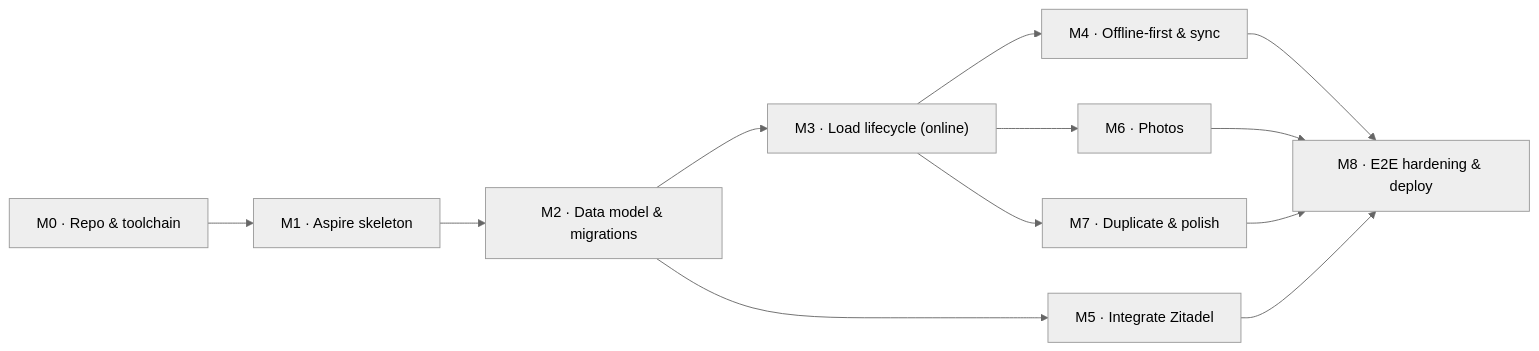
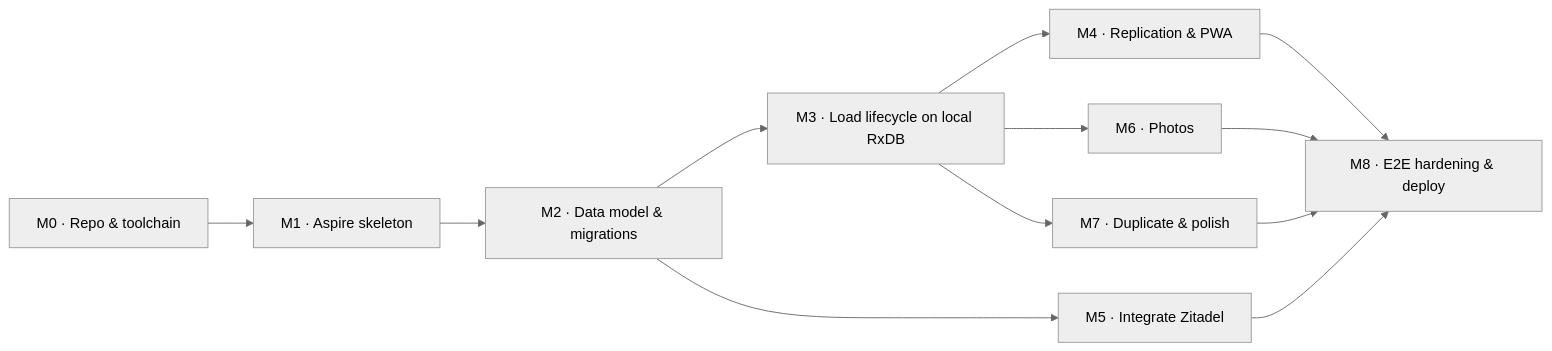
The first of 2 diagrams in specs/01-mvp/implementation-plan.md (quennethks/clothesline), drawn with Mermaid (neutral theme) before and after one commit. The commit also changed other lines of this file and 2 other files, not shown here.

````diff
--- a/specs/01-mvp/implementation-plan.md
+++ b/specs/01-mvp/implementation-plan.md
@@ -41,14 +41,14 @@
 ```mermaid
 flowchart LR
     M0["M0 · Repo & toolchain"] --> M1["M1 · Aspire skeleton"]
     M1 --> M2["M2 · Data model & migrations"]
-    M2 --> M3["M3 · Load lifecycle (online)"]
+    M2 --> M3["M3 · Load lifecycle on local RxDB"]
     M2 --> M5["M5 · Integrate Zitadel"]
-    M3 --> M4["M4 · Offline-first & sync"]
+    M3 --> M4["M4 · Replication & PWA"]
     M3 --> M6["M6 · Photos"]
     M3 --> M7["M7 · Duplicate & polish"]
     M4 --> M8["M8 · E2E hardening & deploy"]
     M5 --> M8
     M6 --> M8
     M7 --> M8
 ```
````
